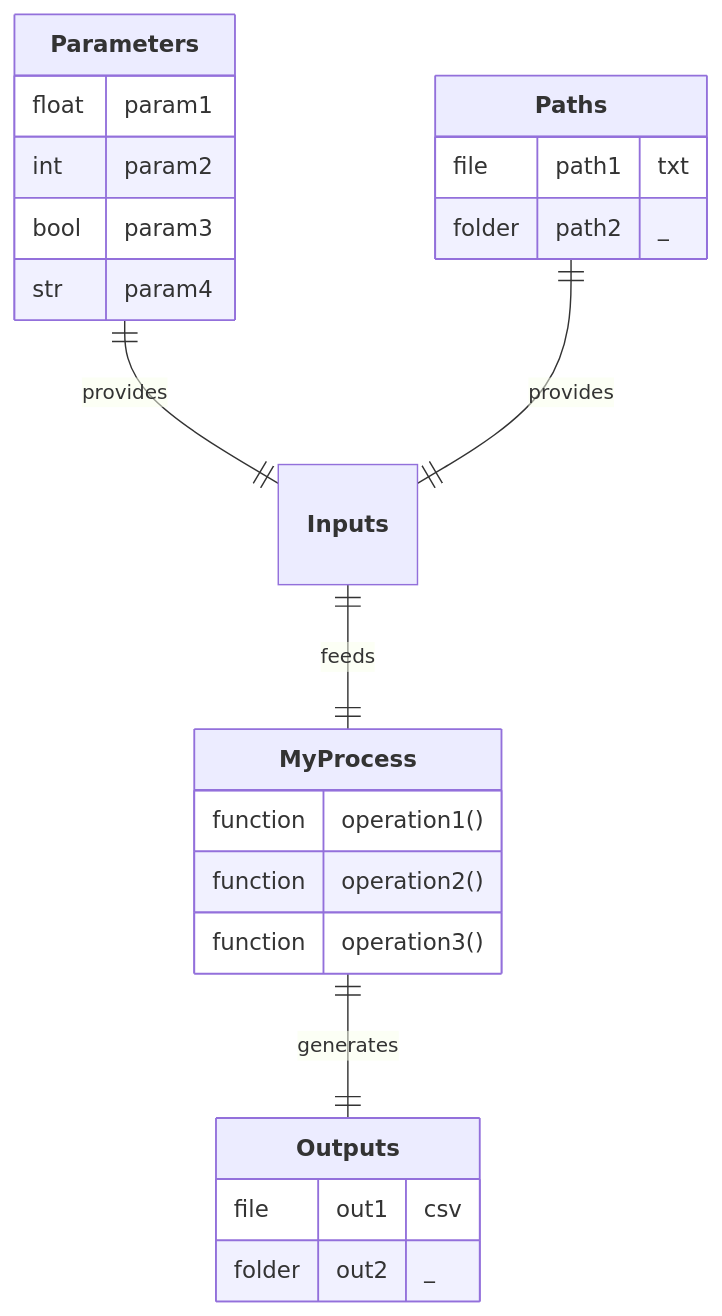
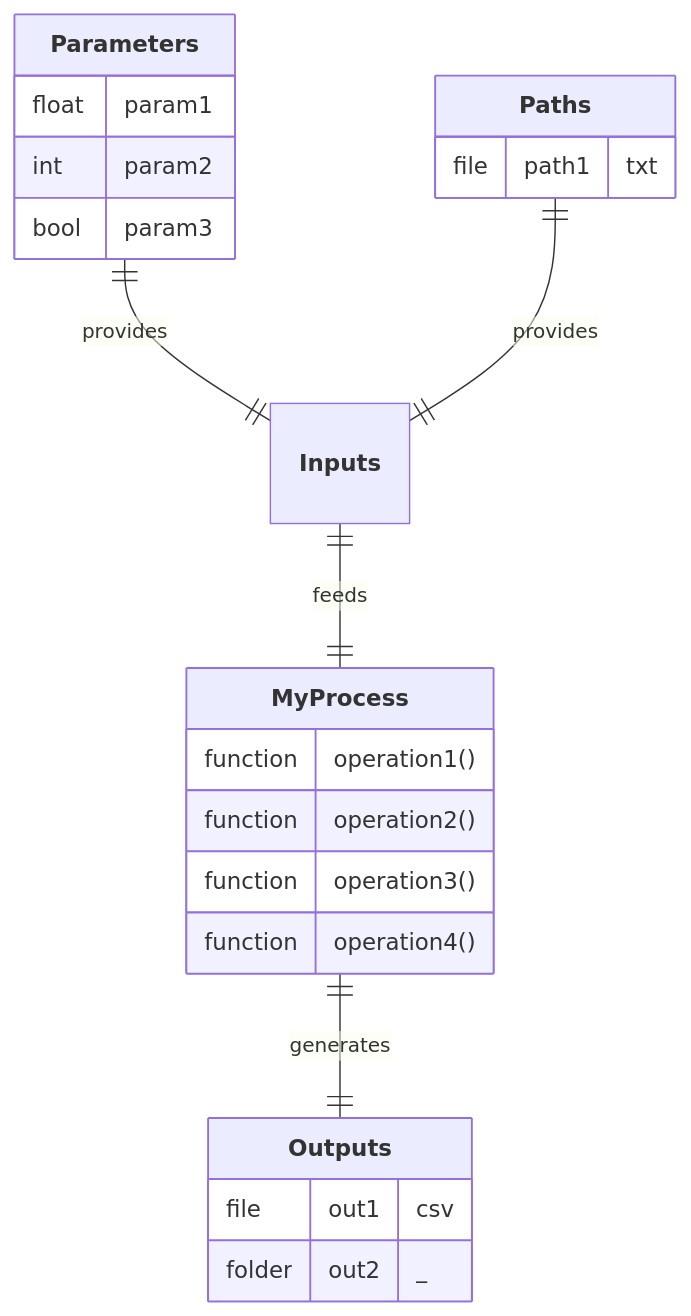
Before and after one commit to nuremics/nuremics: the third of 11 diagrams in README.md, drawn with Mermaid. The commit also changed other lines of this file, not shown here.

````diff
--- a/README.md
+++ b/README.md
@@ -125,27 +122,26 @@
 ```mermaid
 erDiagram
   **Parameters** ||--|| **Inputs** : provides
   **Paths** ||--|| **Inputs** : provides
   **Inputs** ||--|| **MyProcess** : feeds
   **MyProcess** ||--|| **Outputs** : generates
 
   **Parameters** {
     float param1
     int param2
     bool param3
-    str param4
   }
   **Paths** {
     file path1 "txt"
-    folder path2 "_"
   }
   **MyProcess** {
     function operation1()
     function operation2()
     function operation3()
+    function operation4()
   }
   **Outputs** {
     file out1 "csv"
     folder out2 "_"
   }
 ```
````
